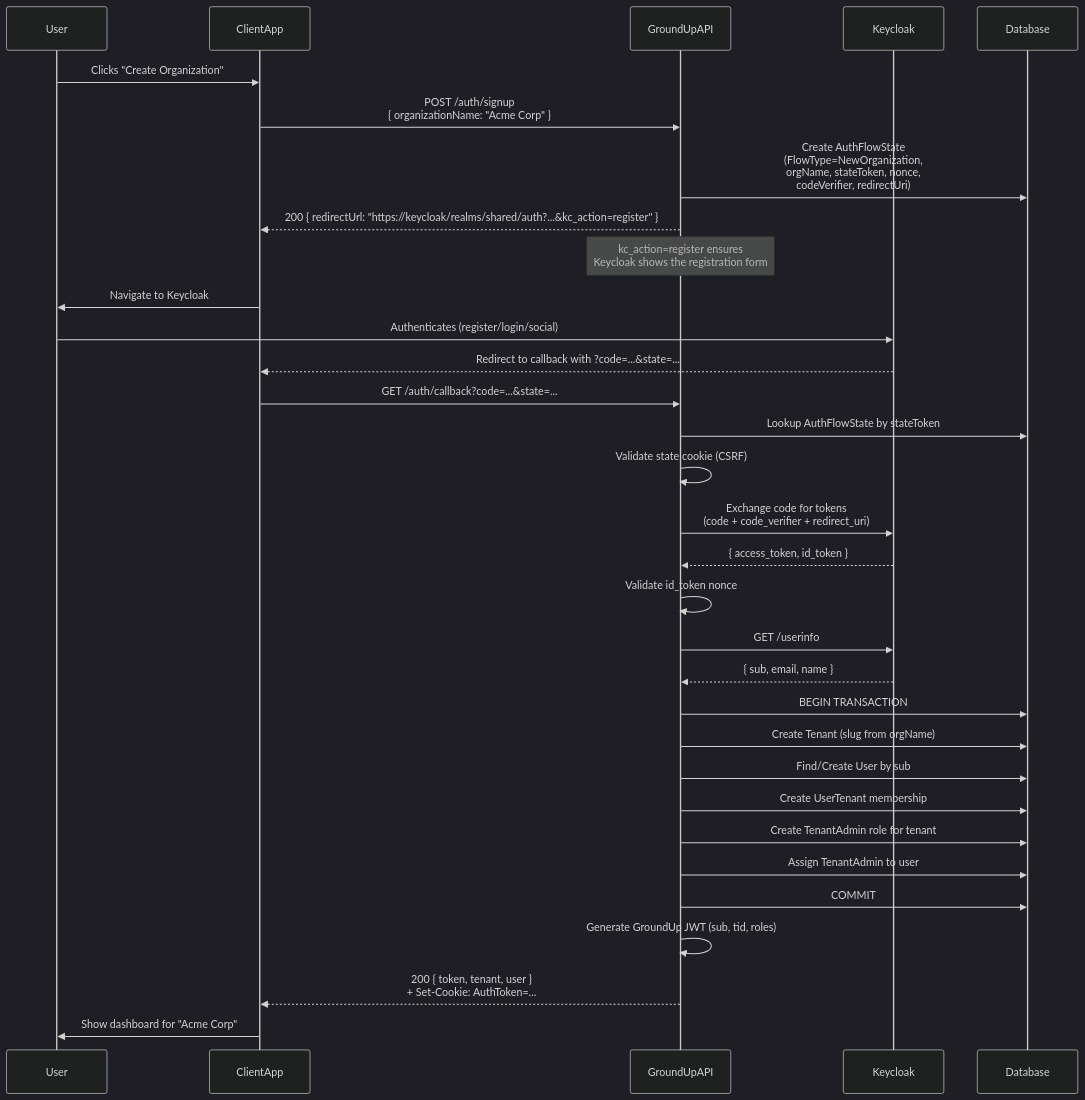
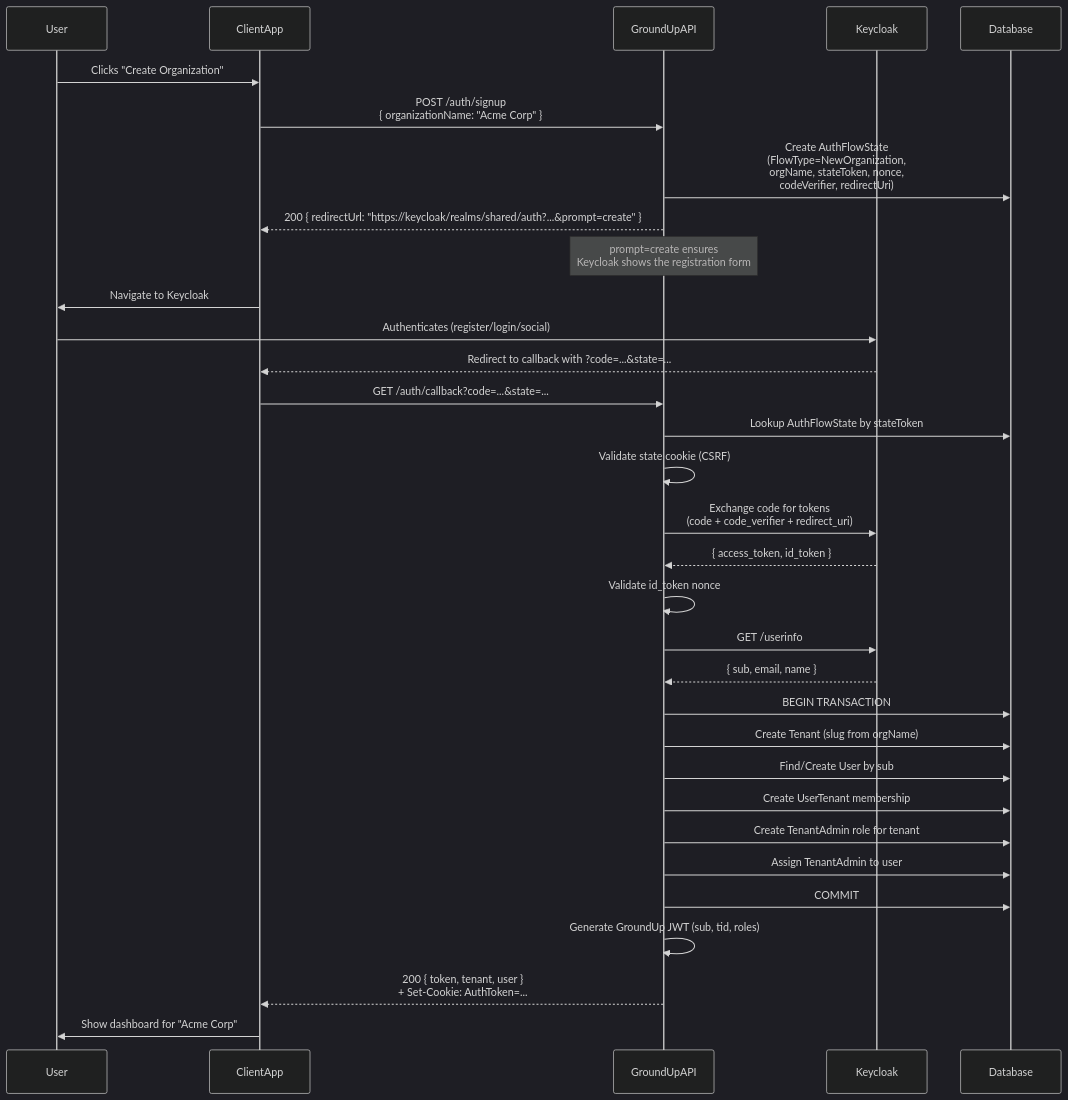
One commit to rsbst23/groundup changed the fifth of 23 diagrams in .kiro/specs/phase-10-cleanup/auth-flows-design.md. Above: the diagram before and after it, drawn with Mermaid (dark theme). The commit also changed other lines of this file and 7 other files, not shown here.

````diff
--- a/.kiro/specs/phase-10-cleanup/auth-flows-design.md
+++ b/.kiro/specs/phase-10-cleanup/auth-flows-design.md
@@ -278,35 +280,35 @@
 ```mermaid
 sequenceDiagram
     participant User
     participant ClientApp
     participant GroundUpAPI
     participant Keycloak
     participant Database
 
     User->>ClientApp: Clicks "Create Organization"
     ClientApp->>GroundUpAPI: POST /auth/signup<br/>{ organizationName: "Acme Corp" }
     GroundUpAPI->>Database: Create AuthFlowState<br/>(FlowType=NewOrganization,<br/>orgName, stateToken, nonce,<br/>codeVerifier, redirectUri)
-    GroundUpAPI-->>ClientApp: 200 { redirectUrl: "https://keycloak/realms/shared/auth?...&kc_action=register" }
-    Note over GroundUpAPI: kc_action=register ensures<br/>Keycloak shows the registration form
+    GroundUpAPI-->>ClientApp: 200 { redirectUrl: "https://keycloak/realms/shared/auth?...&prompt=create" }
+    Note over GroundUpAPI: prompt=create ensures<br/>Keycloak shows the registration form
     ClientApp->>User: Navigate to Keycloak
     User->>Keycloak: Authenticates (register/login/social)
     Keycloak-->>ClientApp: Redirect to callback with ?code=...&state=...
     ClientApp->>GroundUpAPI: GET /auth/callback?code=...&state=...
     GroundUpAPI->>Database: Lookup AuthFlowState by stateToken
     GroundUpAPI->>GroundUpAPI: Validate state cookie (CSRF)
     GroundUpAPI->>Keycloak: Exchange code for tokens<br/>(code + code_verifier + redirect_uri)
     Keycloak-->>GroundUpAPI: { access_token, id_token }
     GroundUpAPI->>GroundUpAPI: Validate id_token nonce
     GroundUpAPI->>Keycloak: GET /userinfo
     Keycloak-->>GroundUpAPI: { sub, email, name }
     GroundUpAPI->>Database: BEGIN TRANSACTION
     GroundUpAPI->>Database: Create Tenant (slug from orgName)
     GroundUpAPI->>Database: Find/Create User by sub
     GroundUpAPI->>Database: Create UserTenant membership
     GroundUpAPI->>Database: Create TenantAdmin role for tenant
     GroundUpAPI->>Database: Assign TenantAdmin to user
     GroundUpAPI->>Database: COMMIT
     GroundUpAPI->>GroundUpAPI: Generate GroundUp JWT (sub, tid, roles)
     GroundUpAPI-->>ClientApp: 200 { token, tenant, user }<br/>+ Set-Cookie: AuthToken=...
     ClientApp->>User: Show dashboard for "Acme Corp"
 ```
````
